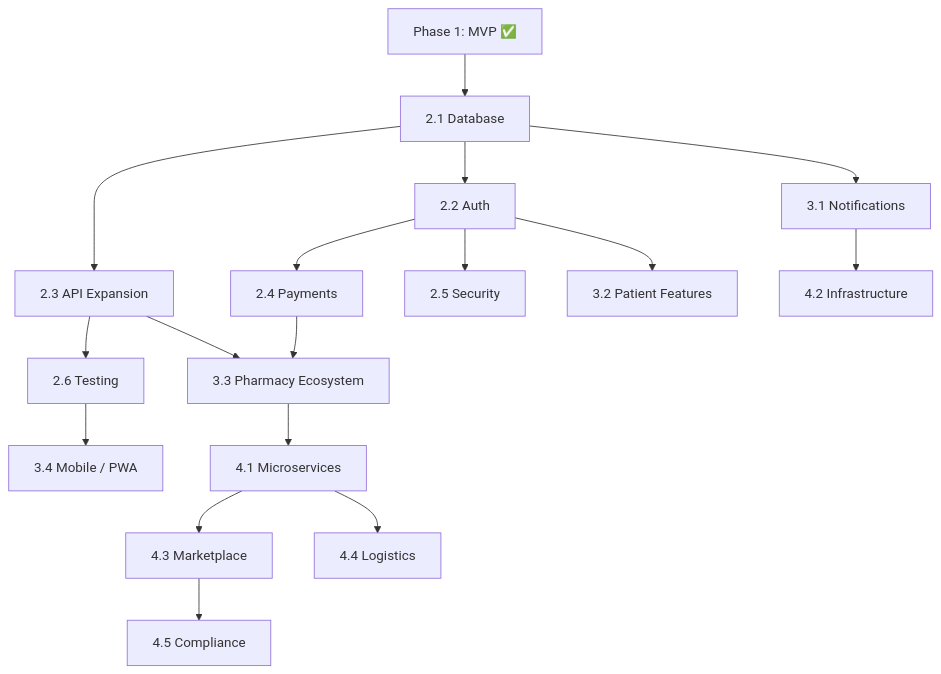
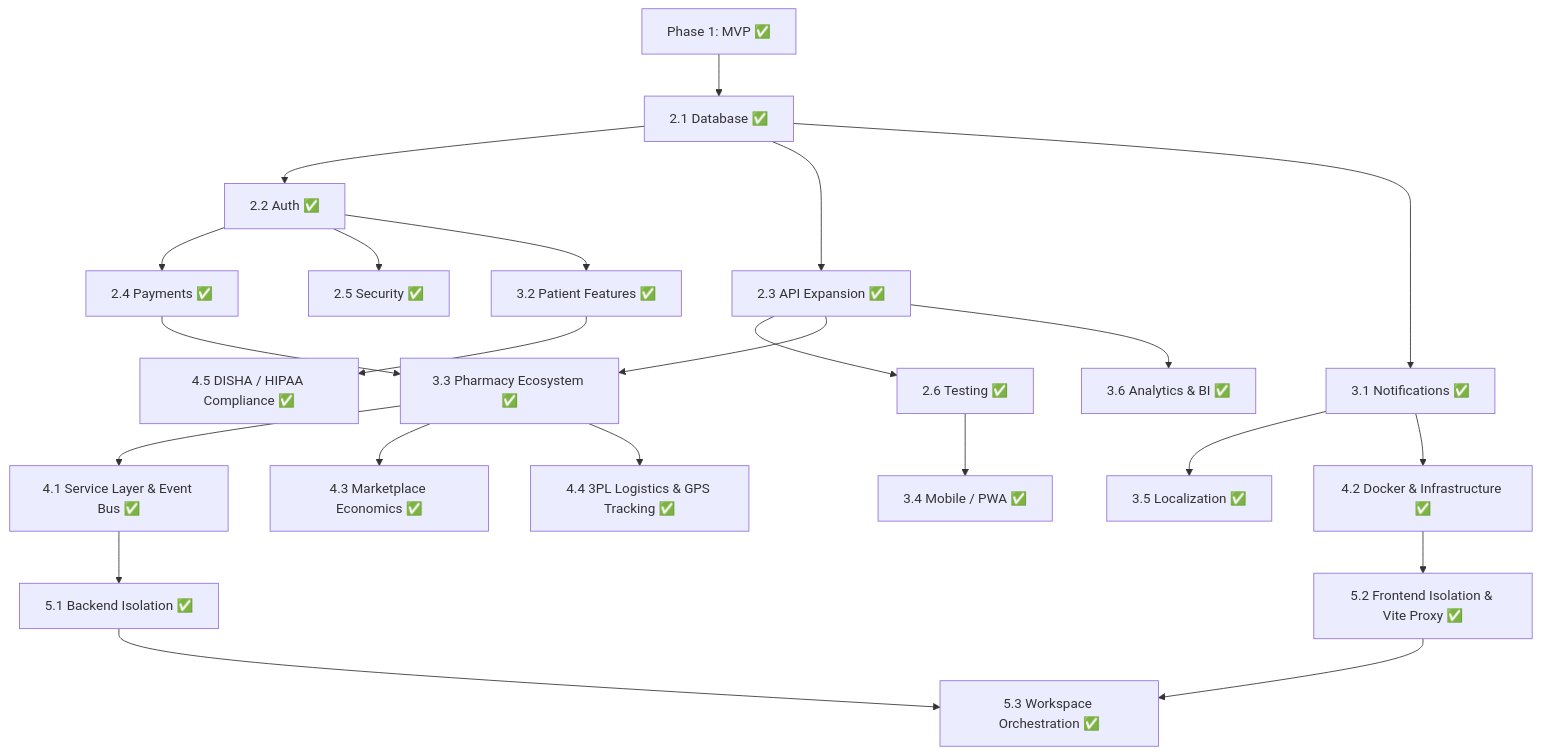
The diagram in phases.md (yashkaurani16/Generic-Med-Web), drawn with Mermaid before and after one commit. The commit also changed other lines of this file and 137 other files, not shown here.

Commit message:
All the phases are complete. Backend & Frontend both are ready

````diff
--- a/phases.md
+++ b/phases.md
@@ -313,21 +284,28 @@
 ```mermaid
 graph TD
-    P1[Phase 1: MVP ✅] --> P2A[2.1 Database]
-    P2A --> P2B[2.2 Auth]
-    P2A --> P2C[2.3 API Expansion]
-    P2B --> P2D[2.4 Payments]
-    P2B --> P2E[2.5 Security]
-    P2C --> P2F[2.6 Testing]
+    P1[Phase 1: MVP ✅] --> P2A[2.1 Database ✅]
+    P2A --> P2B[2.2 Auth ✅]
+    P2A --> P2C[2.3 API Expansion ✅]
+    P2B --> P2D[2.4 Payments ✅]
+    P2B --> P2E[2.5 Security ✅]
+    P2C --> P2F[2.6 Testing ✅]
     
-    P2A --> P3A[3.1 Notifications]
-    P2B --> P3B[3.2 Patient Features]
-    P2C --> P3C[3.3 Pharmacy Ecosystem]
+    P2A --> P3A[3.1 Notifications ✅]
+    P2B --> P3B[3.2 Patient Features ✅]
+    P2C --> P3C[3.3 Pharmacy Ecosystem ✅]
     P2D --> P3C
-    P2F --> P3D[3.4 Mobile / PWA]
+    P2F --> P3D[3.4 Mobile / PWA ✅]
+    P3A --> P3E[3.5 Localization ✅]
+    P2C --> P3F[3.6 Analytics & BI ✅]
     
-    P3C --> P4A[4.1 Microservices]
-    P3A --> P4B[4.2 Infrastructure]
-    P4A --> P4C[4.3 Marketplace]
-    P4A --> P4D[4.4 Logistics]
-    P4C --> P4E[4.5 Compliance]
+    P3C --> P4A[4.1 Service Layer & Event Bus ✅]
+    P3A --> P4B[4.2 Docker & Infrastructure ✅]
+    P3C --> P4C[4.3 Marketplace Economics ✅]
+    P3C --> P4D[4.4 3PL Logistics & GPS Tracking ✅]
+    P3B --> P4E[4.5 DISHA / HIPAA Compliance ✅]
+    
+    P4A --> P5A[5.1 Backend Isolation ✅]
+    P4B --> P5B[5.2 Frontend Isolation & Vite Proxy ✅]
+    P5A --> P5C[5.3 Workspace Orchestration ✅]
+    P5B --> P5C
 ```
````
